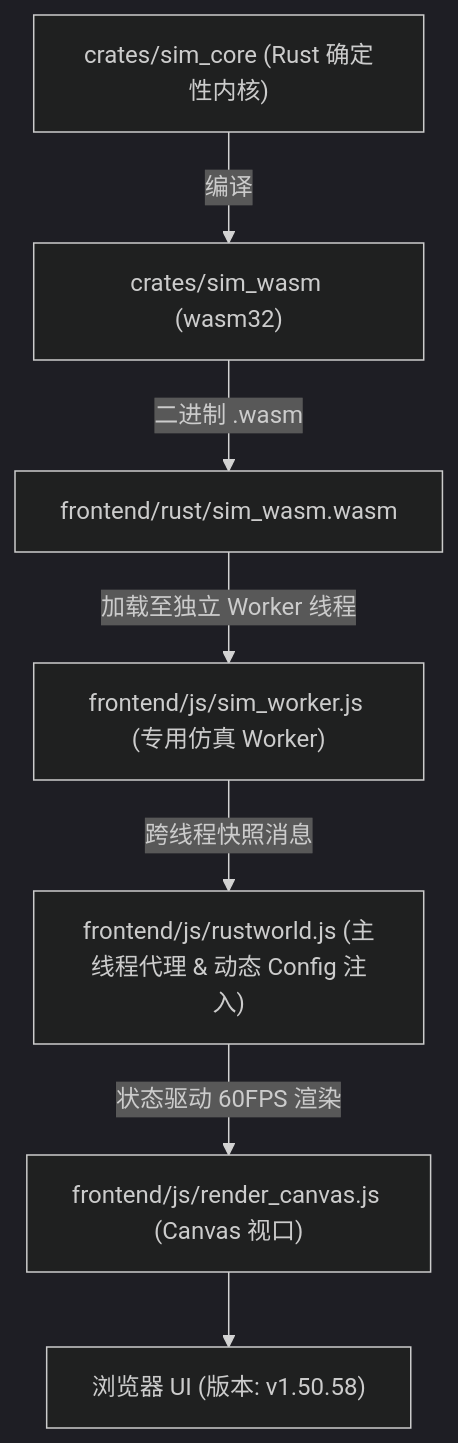
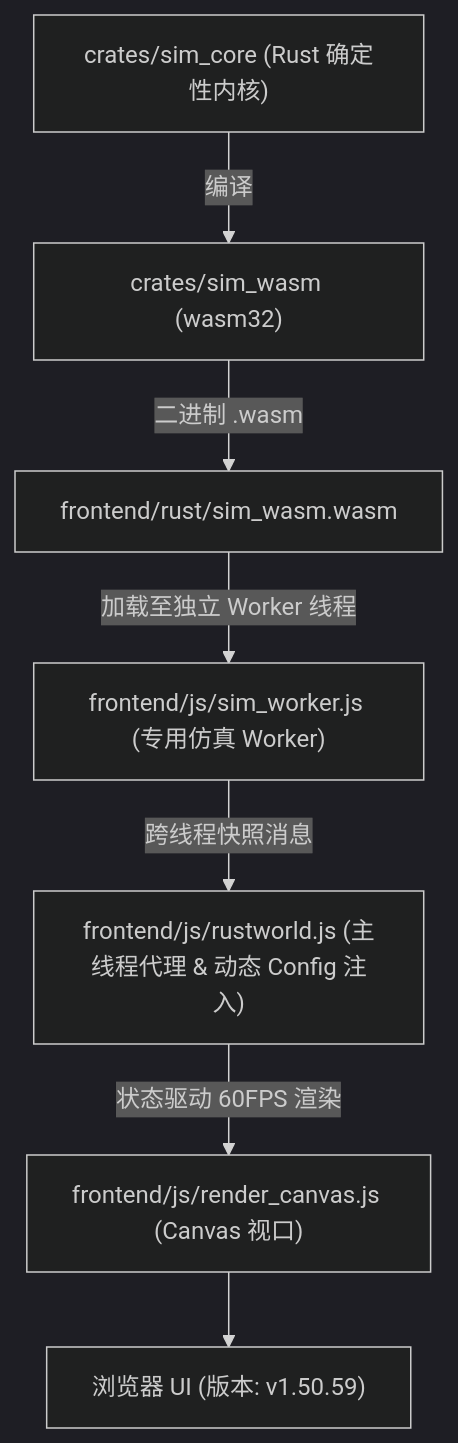
Before and after one commit to g39088902/FlowAndAccord: the diagram in AGENTS.md, drawn with Mermaid (dark theme). The commit also changed other lines of this file and 17 other files, not shown here.

First line of the commit message:
v1.50.59 地图图鉴独立页增加当前地形类型名称展示与引擎同步

````diff
--- a/AGENTS.md
+++ b/AGENTS.md
@@ -61,10 +61,10 @@
 ```mermaid
 graph TD
     A["crates/sim_core (Rust 确定性内核)"] -->|编译| B["crates/sim_wasm (wasm32)"]
     B -->|二进制 .wasm| C["frontend/rust/sim_wasm.wasm"]
     C -->|加载至独立 Worker 线程| D["frontend/js/sim_worker.js (专用仿真 Worker)"]
     D -->|跨线程快照消息| E["frontend/js/rustworld.js (主线程代理 & 动态 Config 注入)"]
     E -->|状态驱动 60FPS 渲染| F["frontend/js/render_canvas.js (Canvas 视口)"]
-    F --> G["浏览器 UI (版本: v1.50.58)"]
+    F --> G["浏览器 UI (版本: v1.50.59)"]
 
 ```
````
